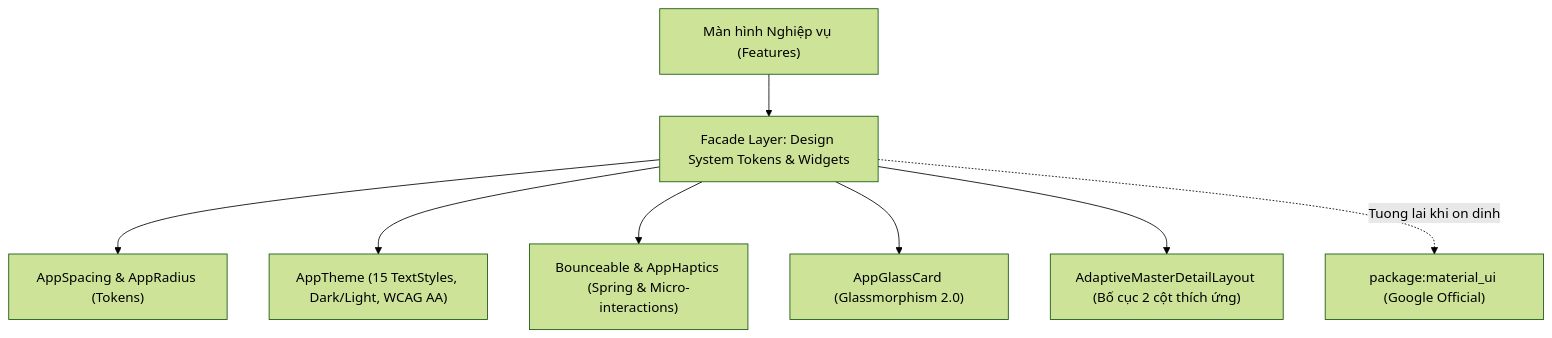
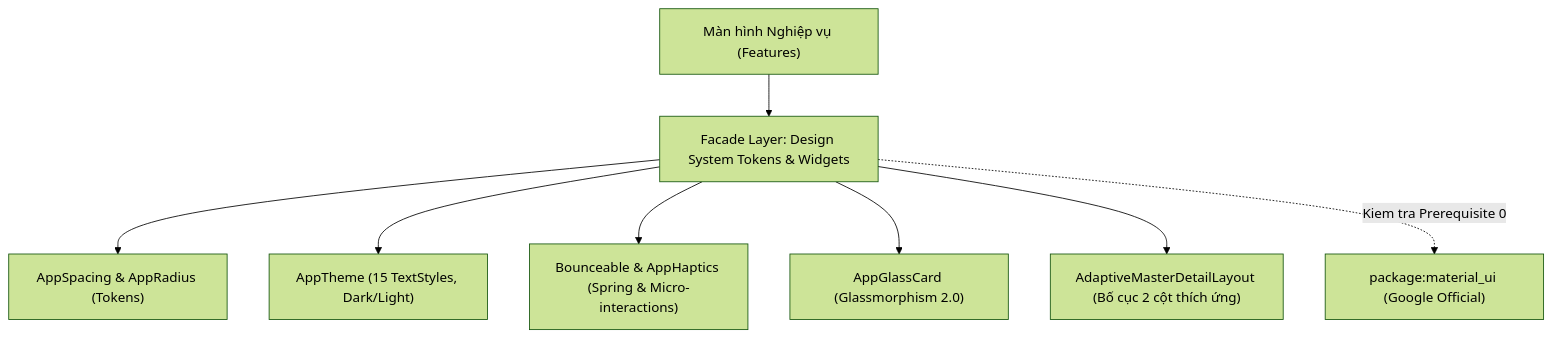
One commit to PVM-05/PKA-Home changed the diagram in docs/architecture/material_ui_expressive_roadmap.md. Above: the diagram before and after it, drawn with Mermaid (forest theme). The commit also changed other lines of this file, not shown here.

Commit message:
docs(architecture): cap nhat so lieu thuc te va dieu kien sdk cho material ui expressive roadmap

````diff
--- a/docs/architecture/material_ui_expressive_roadmap.md
+++ b/docs/architecture/material_ui_expressive_roadmap.md
@@ -27,10 +27,10 @@
 ```mermaid
 graph TD
     A["Màn hình Nghiệp vụ (Features)"] --> B["Facade Layer: Design System Tokens & Widgets"]
     B --> C["AppSpacing & AppRadius (Tokens)"]
-    B --> D["AppTheme (15 TextStyles, Dark/Light, WCAG AA)"]
+    B --> D["AppTheme (15 TextStyles, Dark/Light)"]
     B --> E["Bounceable & AppHaptics (Spring & Micro-interactions)"]
     B --> F["AppGlassCard (Glassmorphism 2.0)"]
     B --> G["AdaptiveMasterDetailLayout (Bố cục 2 cột thích ứng)"]
-    B -.->|Tuong lai khi on dinh| H["package:material_ui (Google Official)"]
+    B -.->|Kiem tra Prerequisite 0| H["package:material_ui (Google Official)"]
 ```
````
